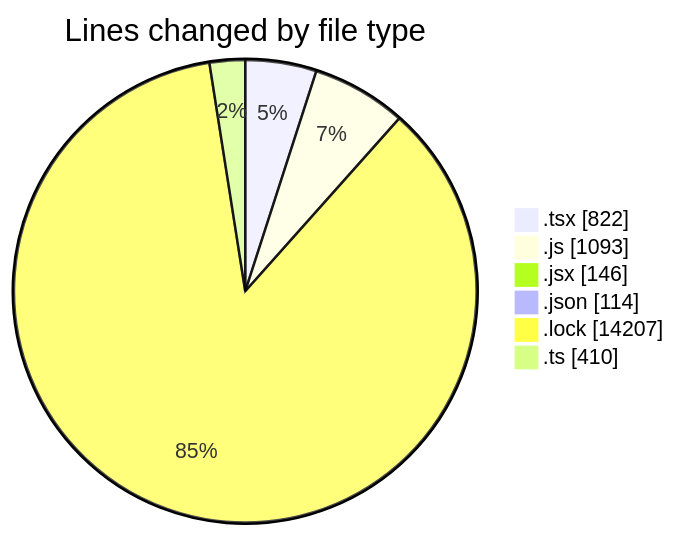
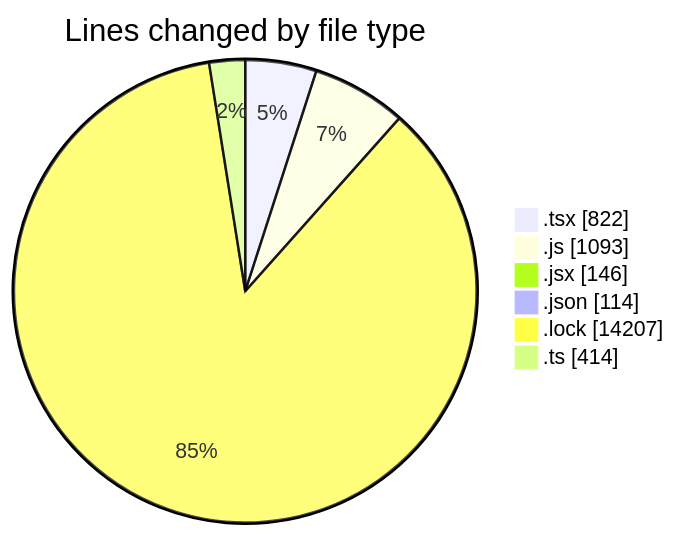
Before and after one commit to momahboobian/code-tracking: the first of 2 diagrams in 2025-05-08/cda/README.md, drawn with Mermaid. The commit also changed other lines of this file and 1 other file, not shown here.

````diff
--- a/2025-05-08/cda/README.md
+++ b/2025-05-08/cda/README.md
@@ -38,10 +38,10 @@
 ```mermaid
 pie showData
 title Lines changed by file type
 ".tsx" : 822
 ".js" : 1093
 ".jsx" : 146
 ".json" : 114
 ".lock" : 14207
-".ts" : 410
+".ts" : 414
 ```
````
